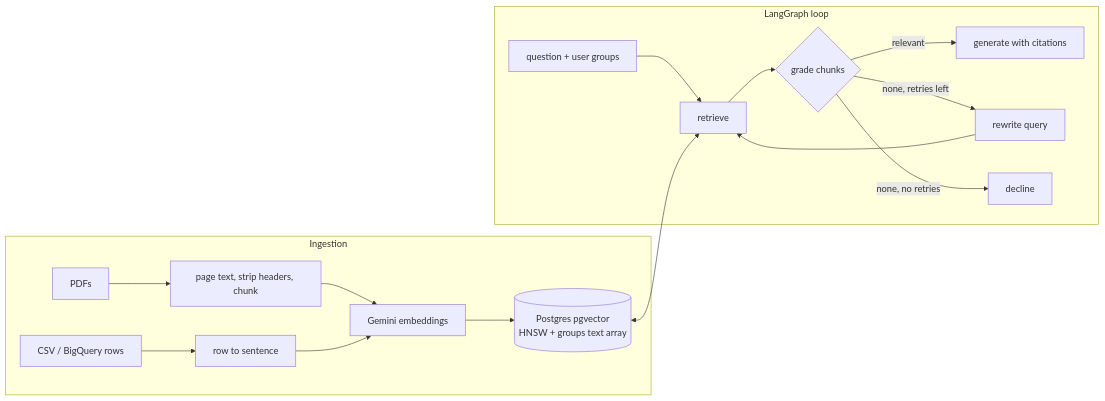
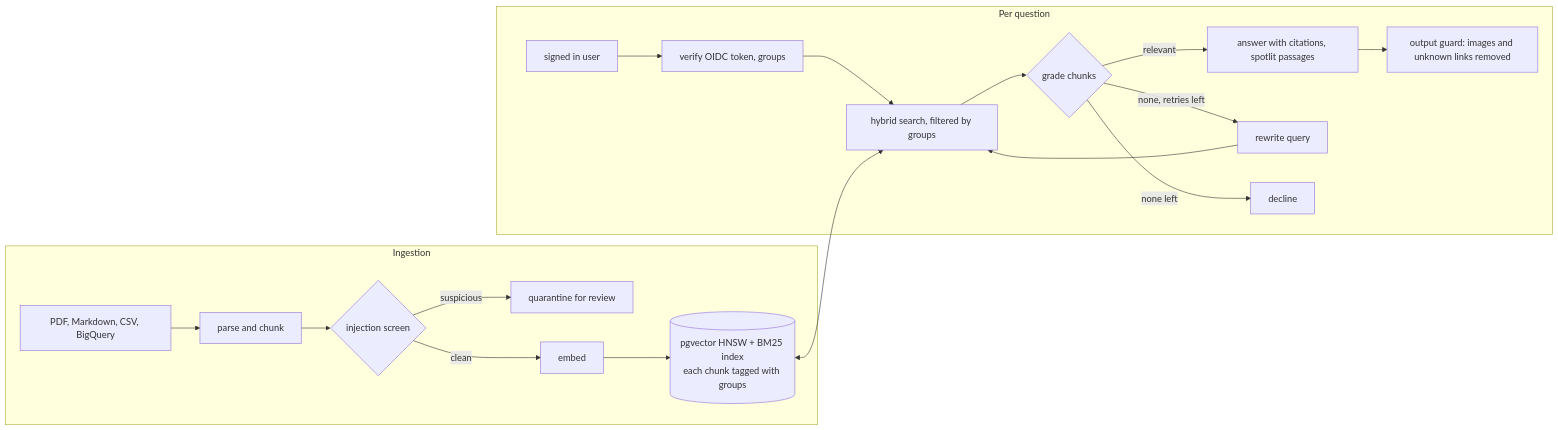
Before and after one commit to vaibenz/docbridge: the diagram in README.md, drawn with Mermaid. The commit also changed other lines of this file and 3 other files, not shown here.

````diff
--- a/README.md
+++ b/README.md
@@ -14,18 +15,20 @@
 ```mermaid
 flowchart LR
     subgraph Ingestion
-      PDF[PDFs] --> P[page text, strip headers, chunk]
-      CSV[CSV / BigQuery rows] --> T[row to sentence]
-      P --> E[Gemini embeddings]
-      T --> E
-      E --> PG[(Postgres pgvector<br/>HNSW + groups text array)]
+      SRC[PDF, Markdown, CSV, BigQuery] --> P[parse and chunk]
+      P --> S{injection screen}
+      S -->|suspicious| Q[quarantine for review]
+      S -->|clean| E[embed]
+      E --> PG[(pgvector HNSW + BM25 index<br/>each chunk tagged with groups)]
     end
-    subgraph "LangGraph loop"
-      Q[question + user groups] --> R[retrieve]
+    subgraph "Per question"
+      U[signed in user] --> A[verify OIDC token, groups]
+      A --> R[hybrid search, filtered by groups]
       R --> G{grade chunks}
-      G -->|relevant| A[generate with citations]
+      G -->|relevant| GEN[answer with citations, spotlit passages]
       G -->|none, retries left| W[rewrite query] --> R
-      G -->|none, no retries| F[decline]
+      G -->|none left| F[decline]
+      GEN --> GU[output guard: images and unknown links removed]
     end
     PG <--> R
 ```
````
